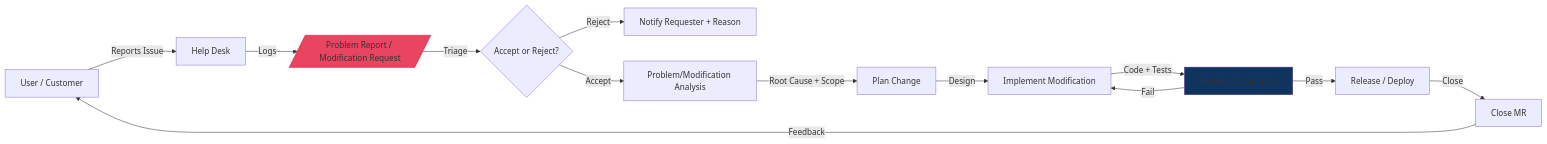
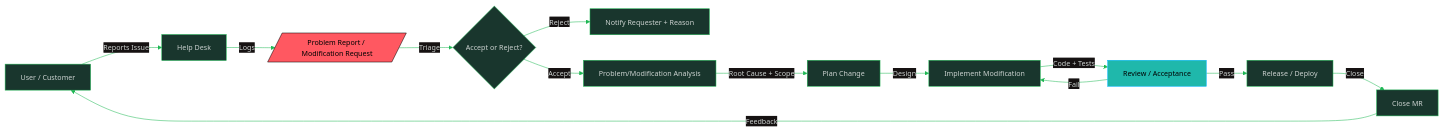
Before and after one commit to oat431/swe-knowledge: the second of 8 diagrams in software-engineering-note/07_Software_Maintenance/08_Maintenance_Processes_and_Staffing.md, drawn with Mermaid. The commit also changed other lines of this file and 10 other files, not shown here.

````diff
--- a/software-engineering-note/07_Software_Maintenance/08_Maintenance_Processes_and_Staffing.md
+++ b/software-engineering-note/07_Software_Maintenance/08_Maintenance_Processes_and_Staffing.md
@@ -68,18 +69,19 @@
 ```mermaid
+%%{init: {'theme':'base','themeVariables':{'primaryColor':'#19362D','primaryTextColor':'#CDD3D1','primaryBorderColor':'#1FB854','lineColor':'#1FB854','secondaryColor':'#161212','tertiaryColor':'#1B1717','background':'#1B1717','mainBkg':'#19362D','nodeBorder':'#1FB854','clusterBkg':'#161212','clusterBorder':'#19362D','titleColor':'#1FB854','edgeLabelBackground':'#161212','fontSize':'14px'}}}%%
 flowchart LR
     U[User / Customer] -->|Reports Issue| HD[Help Desk]
     HD -->|Logs| MR[/Problem Report / Modification Request/]
     MR -->|Triage| AA{Accept or Reject?}
     AA -->|Reject| NR[Notify Requester + Reason]
     AA -->|Accept| AN[Problem/Modification Analysis]
     AN -->|Root Cause + Scope| PA[Plan Change]
     PA -->|Design| IM[Implement Modification]
     IM -->|Code + Tests| RA[Review / Acceptance]
     RA -->|Pass| RL[Release / Deploy]
     RA -->|Fail| IM
     RL -->|Close| CL[Close MR]
     CL -->|Feedback| U
     
-    style MR fill:#e94560,stroke:#c81d4e
-    style RA fill:#0f3460,stroke:#533483
+    style MR fill:#FF5861,stroke:#000000,color:#000000
+    style RA fill:#1FB8AB,stroke:#00B5FF,color:#000000
 ```
````
